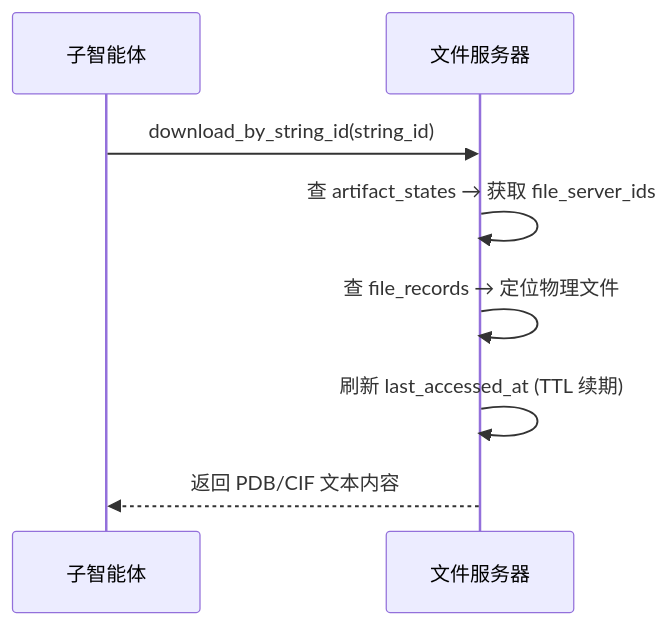
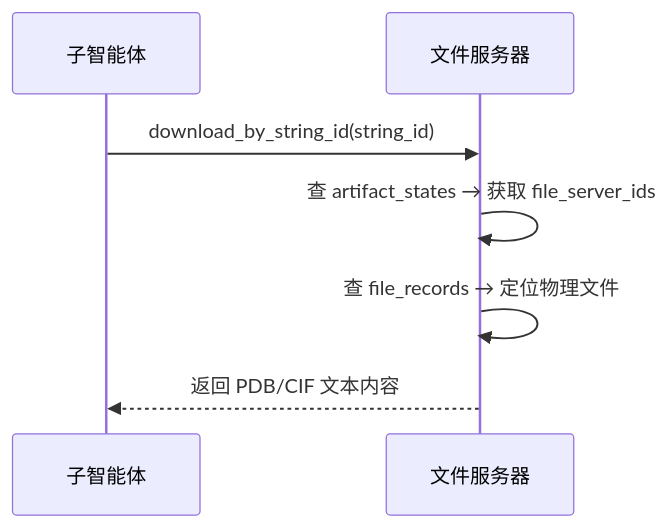
Before and after one commit to zhou-tian-yi/laspai-agent-design: the third of 3 diagrams in LASPAI 智能体文件管理端设计方案.md, drawn with Mermaid. The commit also changed other lines of this file and 4 other files, not shown here.

````diff
--- a/LASPAI 智能体文件管理端设计方案.md
+++ b/LASPAI 智能体文件管理端设计方案.md
@@ -235,11 +251,10 @@
 ```mermaid
 sequenceDiagram
     participant SA as 子智能体
     participant FS as 文件服务器
 
     SA->>FS: download_by_string_id(string_id)
     FS->>FS: 查 artifact_states → 获取 file_server_ids
     FS->>FS: 查 file_records → 定位物理文件
-    FS->>FS: 刷新 last_accessed_at (TTL 续期)
     FS-->>SA: 返回 PDB/CIF 文本内容
 ```
````
